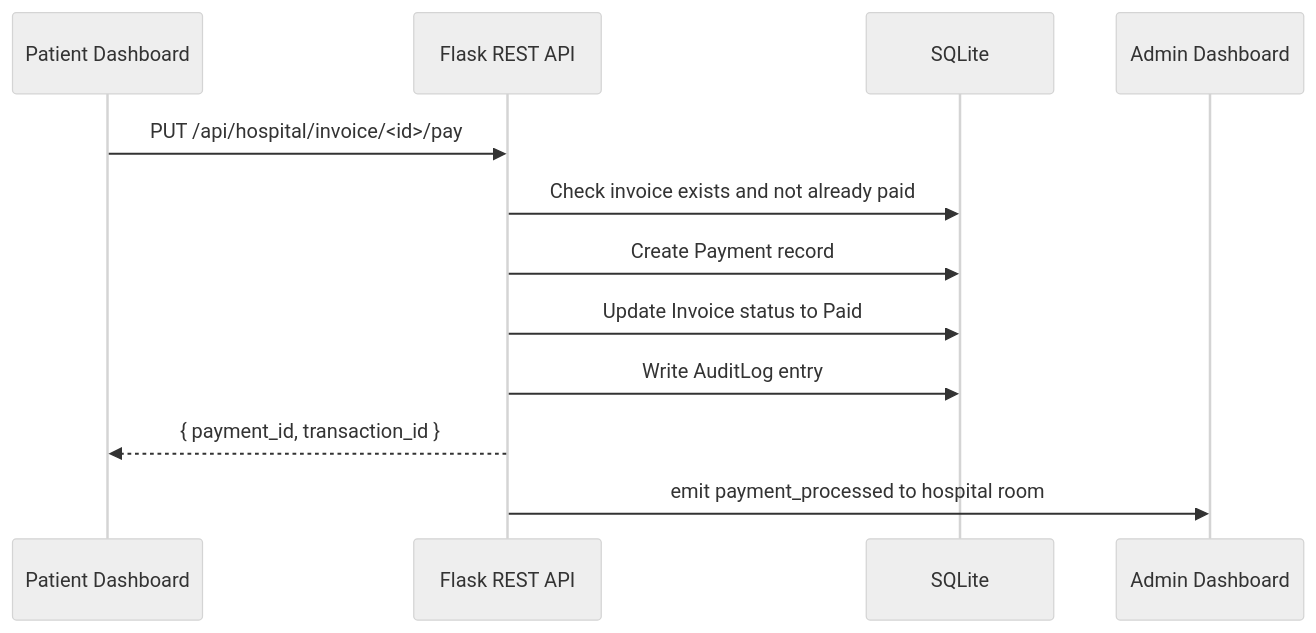
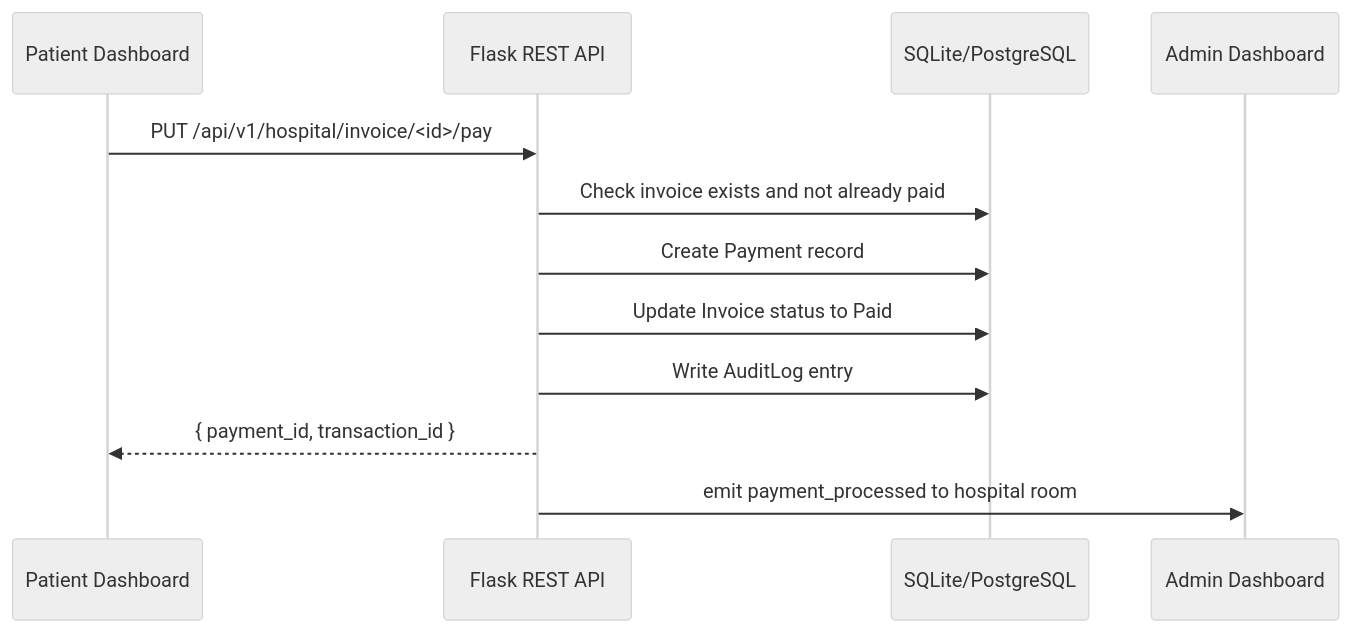
The fourth of 10 diagrams in docs/architecture.md (eklavyamathur9/pulse-hms-platform), drawn with Mermaid (neutral theme) before and after one commit. The commit also changed other lines of this file and 10 other files, not shown here.

````diff
--- a/docs/architecture.md
+++ b/docs/architecture.md
@@ -202,15 +319,15 @@
 ```mermaid
 sequenceDiagram
   participant P as Patient Dashboard
   participant API as Flask REST API
-  participant DB as SQLite
+  participant DB as SQLite/PostgreSQL
   participant Admin as Admin Dashboard
 
-  P->>API: PUT /api/hospital/invoice/<id>/pay
+  P->>API: PUT /api/v1/hospital/invoice/<id>/pay
   API->>DB: Check invoice exists and not already paid
   API->>DB: Create Payment record
   API->>DB: Update Invoice status to Paid
   API->>DB: Write AuditLog entry
   API-->>P: { payment_id, transaction_id }
   API->>Admin: emit payment_processed to hospital room
 ```
````
